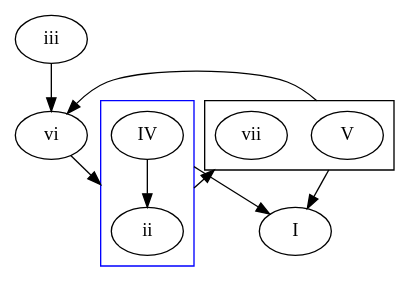
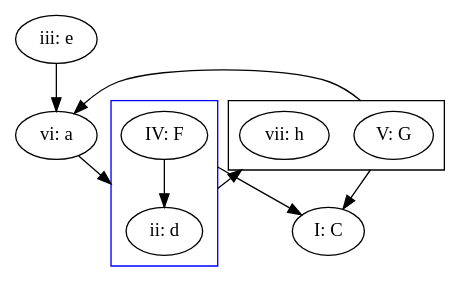
Before and after one commit to la3lma/chordpatterns: the diagram in chord-pattern.dot, drawn with Graphviz.

Commit message:
Adding labels

```diff
--- a/chord-pattern.dot
+++ b/chord-pattern.dot
@@ -1,20 +1,30 @@
 digraph G {
 
   compound=true;
+  forcelabels=true;
+
+  iii[label="iii: e"];
+  vi[label="vi: a"];
+  V[label="V: G"];
+  I[label="I: C"];
+  IV[label="IV: F"];
+  vii[label="vii: h"];
+  ii[label="ii: d"];
+
 
 
    subgraph cluster1 {
       IV  -> ii;
       color=blue
    }
    subgraph cluster2 {
       vii;
       V;
    }
    V -> vi [ltail=cluster2];
    ii-> vii [ltail=cluster1, lhead=cluster2];
    V   -> I [ltail=cluster2];
    IV  -> I [ltail=cluster1];
    iii -> vi;
    vi  -> ii [lhead=cluster1];
 }
```
